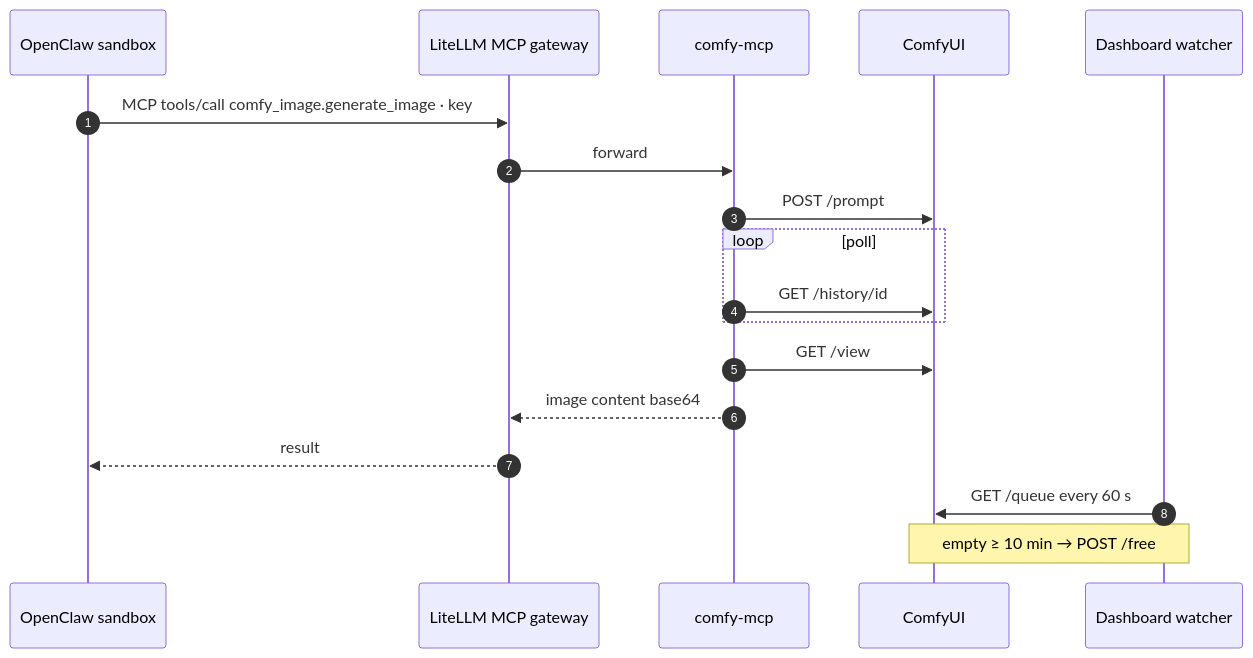
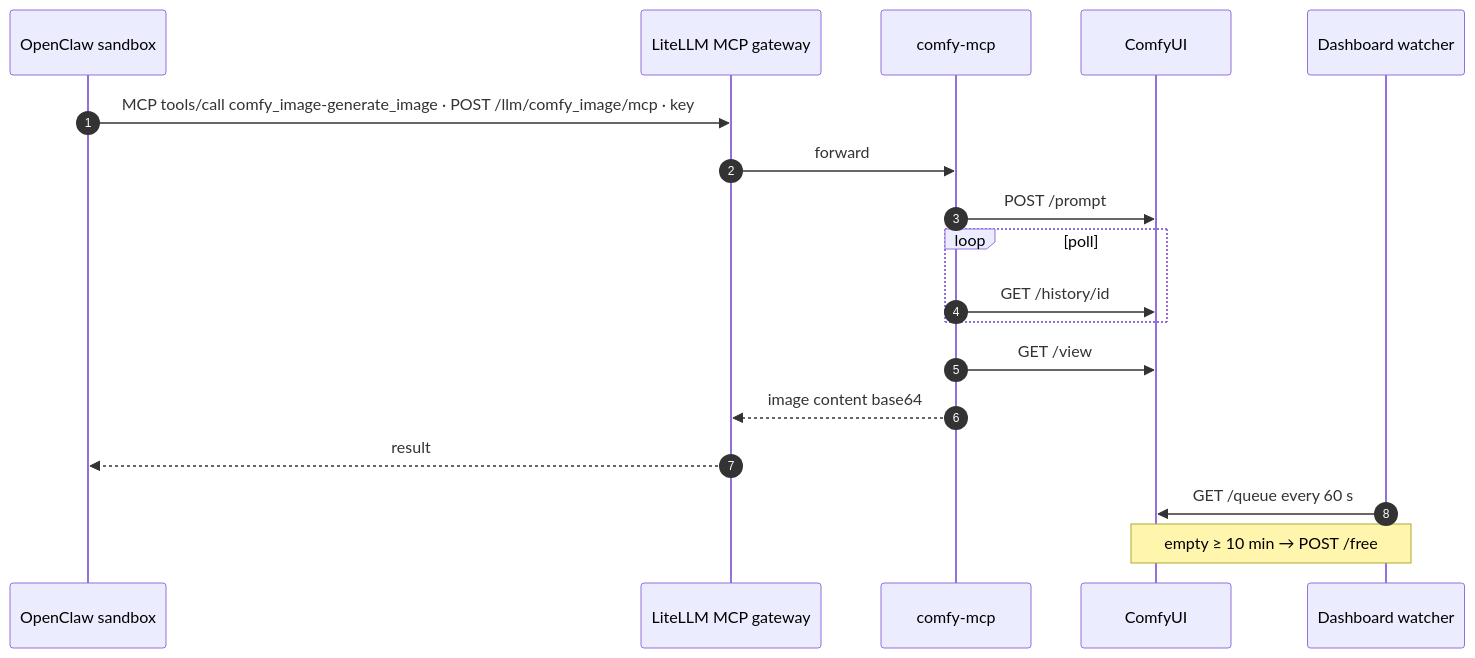
Diagram 12 of 15 in gb10-agent-stack.md (ravikiranvs/gb10-ai-stack), drawn with Mermaid before and after one commit. The commit also changed other lines of this file and 21 other files, not shown here.

````diff
--- a/gb10-agent-stack.md
+++ b/gb10-agent-stack.md
@@ -607,21 +608,21 @@
 ```mermaid
 sequenceDiagram
     autonumber
     participant OC as OpenClaw sandbox
     participant L as LiteLLM MCP gateway
     participant M as comfy-mcp
     participant C as ComfyUI
     participant D as Dashboard watcher
 
-    OC->>L: MCP tools/call comfy_image.generate_image · key
+    OC->>L: MCP tools/call comfy_image-generate_image · POST /llm/comfy_image/mcp · key
     L->>M: forward
     M->>C: POST /prompt
     loop poll
         M->>C: GET /history/id
     end
     M->>C: GET /view
     M-->>L: image content base64
     L-->>OC: result
     D->>C: GET /queue every 60 s
     Note over D,C: empty ≥ 10 min → POST /free
 ```
````
